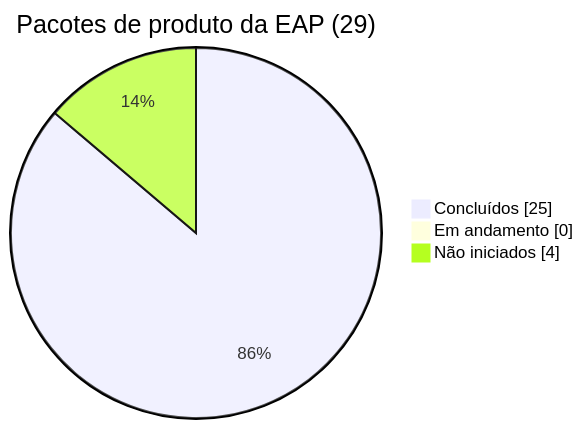
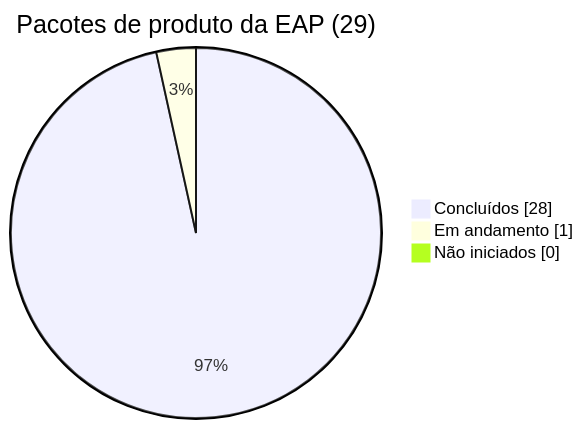
Before and after one commit to LuizMottaX/Gerencia-de-Projetos: the diagram in docs/gerenciamento/04-Monitoramento-e-Controle/Monitorar-e-Controlar-o-Trabalho.md, drawn with Mermaid. The commit also changed other lines of this file and 90 other files, not shown here.

````diff
--- a/docs/gerenciamento/04-Monitoramento-e-Controle/Monitorar-e-Controlar-o-Trabalho.md
+++ b/docs/gerenciamento/04-Monitoramento-e-Controle/Monitorar-e-Controlar-o-Trabalho.md
@@ -35,6 +35,6 @@
 ```mermaid
 pie showData title Pacotes de produto da EAP (29)
-    "Concluídos" : 25
-    "Em andamento" : 0
-    "Não iniciados" : 4
+    "Concluídos" : 28
+    "Em andamento" : 1
+    "Não iniciados" : 0
 ```
````
